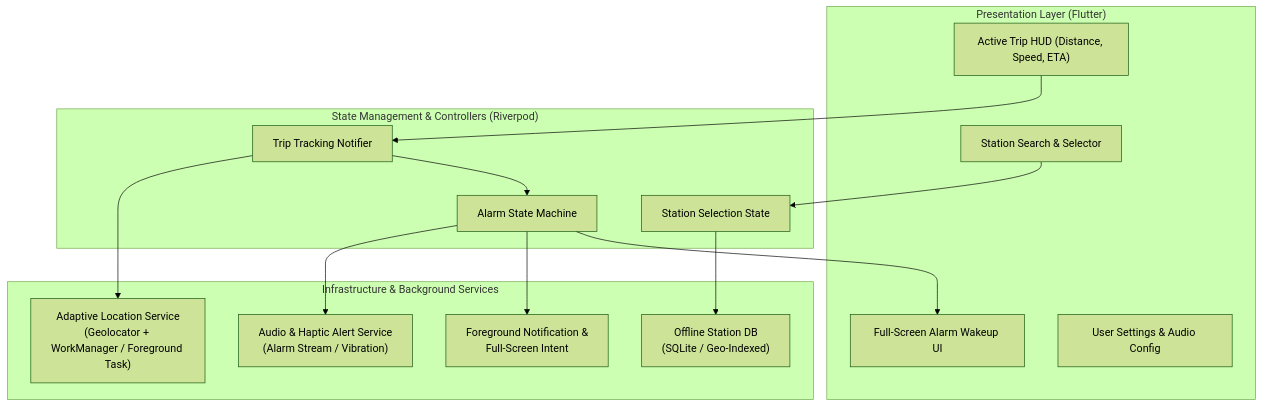
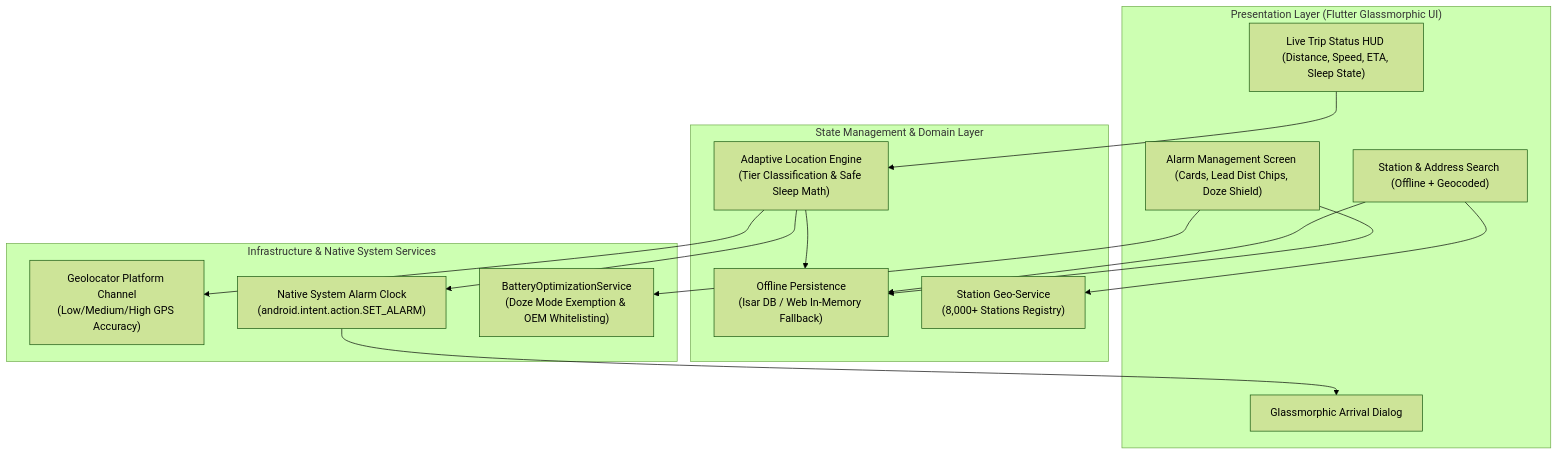
The first of 2 diagrams in Design.md (Sreenandan2004/rail_alarm), drawn with Mermaid (forest theme) before and after one commit. The commit also changed other lines of this file and 5 other files, not shown here.

````diff
--- a/Design.md
+++ b/Design.md
@@ -32,31 +32,31 @@
 ```mermaid
 flowchart TD
-    subgraph UI ["Presentation Layer (Flutter)"]
-        SearchScreen["Station Search & Selector"]
-        HUD["Active Trip HUD (Distance, Speed, ETA)"]
-        RingingUI["Full-Screen Alarm Wakeup UI"]
-        SettingsUI["User Settings & Audio Config"]
+    subgraph UI ["Presentation Layer (Flutter Glassmorphic UI)"]
+        SearchScreen["Station & Address Search (Offline + Geocoded)"]
+        HUD["Live Trip Status HUD (Distance, Speed, ETA, Sleep State)"]
+        AlarmScreen["Alarm Management Screen (Cards, Lead Dist Chips, Doze Shield)"]
+        ArrivalModal["Glassmorphic Arrival Dialog"]
     end
 
-    subgraph Core ["State Management & Controllers (Riverpod)"]
-        StationNotifier["Station Selection State"]
-        TripTracker["Trip Tracking Notifier"]
-        AlarmEngine["Alarm State Machine"]
+    subgraph Core ["State Management & Domain Layer"]
+        AdaptiveEngine["Adaptive Location Engine\n(Tier Classification & Safe Sleep Math)"]
+        IsarService["Offline Persistence\n(Isar DB / Web In-Memory Fallback)"]
+        StationService["Station Geo-Service\n(8,000+ Stations Registry)"]
     end
 
-    subgraph Service ["Infrastructure & Background Services"]
-        LocationManager["Adaptive Location Service\n(Geolocator + WorkManager / Foreground Task)"]
-        AudioHapticManager["Audio & Haptic Alert Service\n(Alarm Stream / Vibration)"]
-        NotificationEngine["Foreground Notification &\nFull-Screen Intent"]
-        LocalDB["Offline Station DB\n(SQLite / Geo-Indexed)"]
+    subgraph NativePlatform ["Infrastructure & Native System Services"]
+        GeoLocator["Geolocator Platform Channel\n(Low/Medium/High GPS Accuracy)"]
+        NativeClock["Native System Alarm Clock\n(android.intent.action.SET_ALARM)"]
+        BatteryService["BatteryOptimizationService\n(Doze Mode Exemption & OEM Whitelisting)"]
     end
 
-    SearchScreen --> StationNotifier
-    StationNotifier --> LocalDB
-    HUD --> TripTracker
-    TripTracker --> LocationManager
-    TripTracker --> AlarmEngine
-    AlarmEngine --> AudioHapticManager
-    AlarmEngine --> NotificationEngine
-    AlarmEngine --> RingingUI
+    SearchScreen --> StationService
+    SearchScreen --> IsarService
+    AlarmScreen --> IsarService
+    AlarmScreen --> BatteryService
+    HUD --> AdaptiveEngine
+    AdaptiveEngine --> GeoLocator
+    AdaptiveEngine --> IsarService
+    AdaptiveEngine --> NativeClock
+    NativeClock --> ArrivalModal
 ```
````
